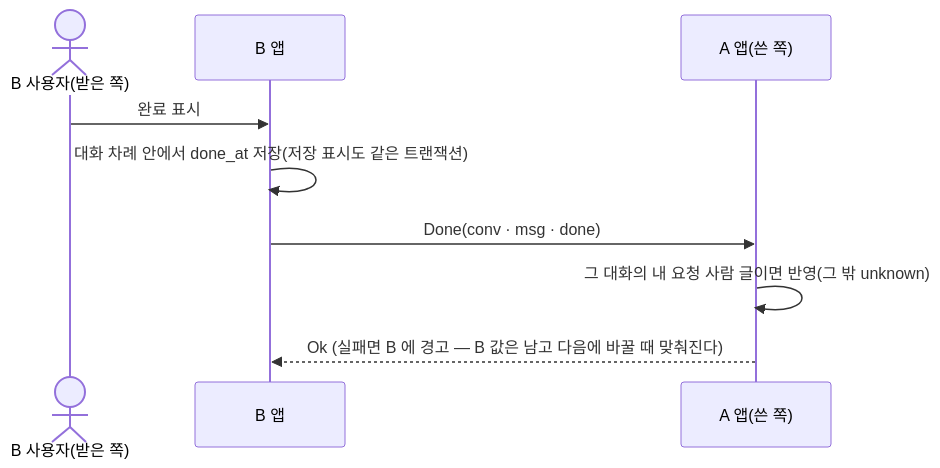
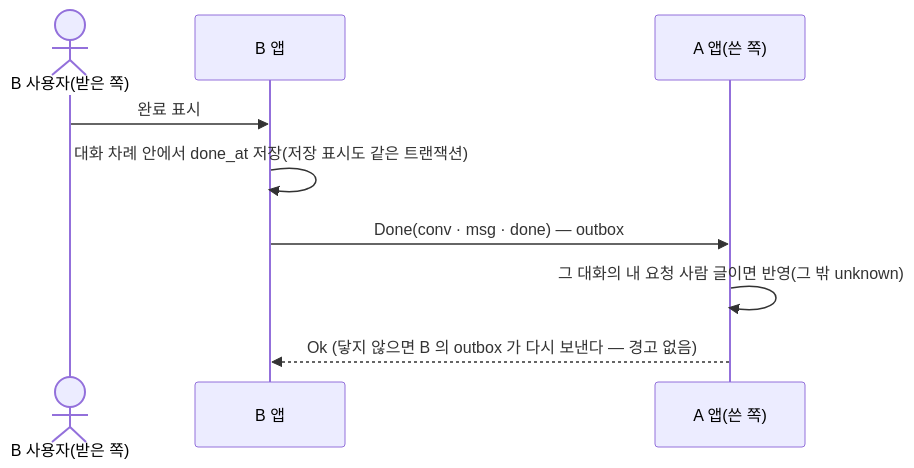
One commit to Softcamp-SaaS-RND/coworkAgent changed the seventh of 9 diagrams in docs/manual/dev/developer-guide.md. Above: the diagram before and after it, drawn with Mermaid. The commit also changed other lines of this file and 108 other files, not shown here.

````diff
--- a/docs/manual/dev/developer-guide.md
+++ b/docs/manual/dev/developer-guide.md
@@ -399,11 +519,11 @@
 ```mermaid
 sequenceDiagram
   actor UB as B 사용자(받은 쪽)
   participant B as B 앱
   participant A as A 앱(쓴 쪽)
   UB->>B: 완료 표시
   B->>B: 대화 차례 안에서 done_at 저장(저장 표시도 같은 트랜잭션)
-  B->>A: Done(conv · msg · done)
+  B->>A: Done(conv · msg · done) — outbox
   A->>A: 그 대화의 내 요청 사람 글이면 반영(그 밖 unknown)
-  A-->>B: Ok (실패면 B 에 경고 — B 값은 남고 다음에 바꿀 때 맞춰진다)
+  A-->>B: Ok (닿지 않으면 B 의 outbox 가 다시 보낸다 — 경고 없음)
 ```
````
